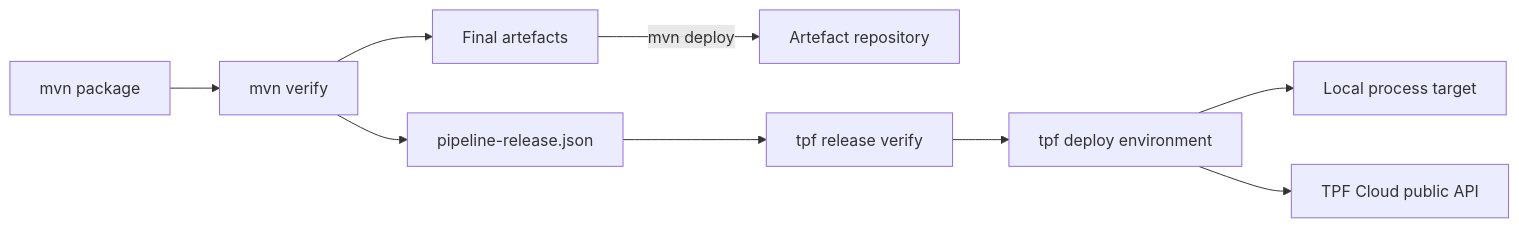
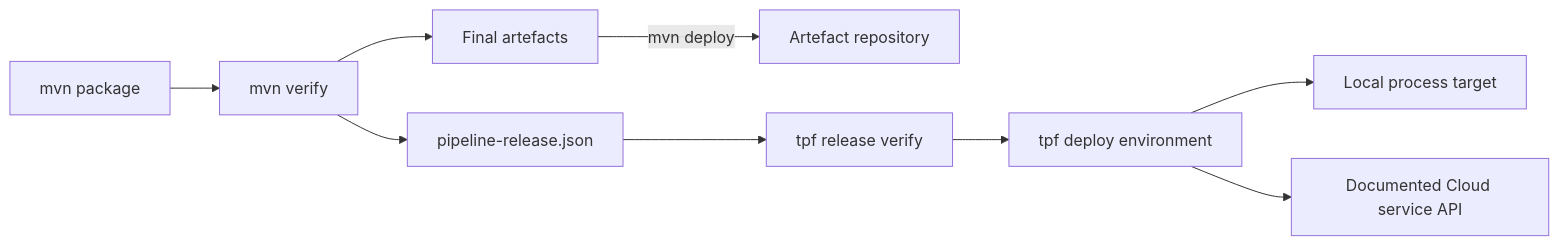
The diagram in docs/deploy/deployment-cli.md (The-Pipeline-Framework/pipelineframework), drawn with Mermaid before and after one commit. The commit also changed other lines of this file and 4 other files, not shown here.

````diff
--- a/docs/deploy/deployment-cli.md
+++ b/docs/deploy/deployment-cli.md
@@ -6,11 +9,11 @@
 ```mermaid
 flowchart LR
     P[mvn package] --> V[mvn verify]
     V --> A[Final artefacts]
     V --> R[pipeline-release.json]
     A -->|mvn deploy| Repository[Artefact repository]
     R --> Verify[tpf release verify]
     Verify --> Deploy[tpf deploy environment]
     Deploy --> Local[Local process target]
-    Deploy --> Cloud[TPF Cloud public API]
+    Deploy --> Cloud[Documented Cloud service API]
 ```
````
